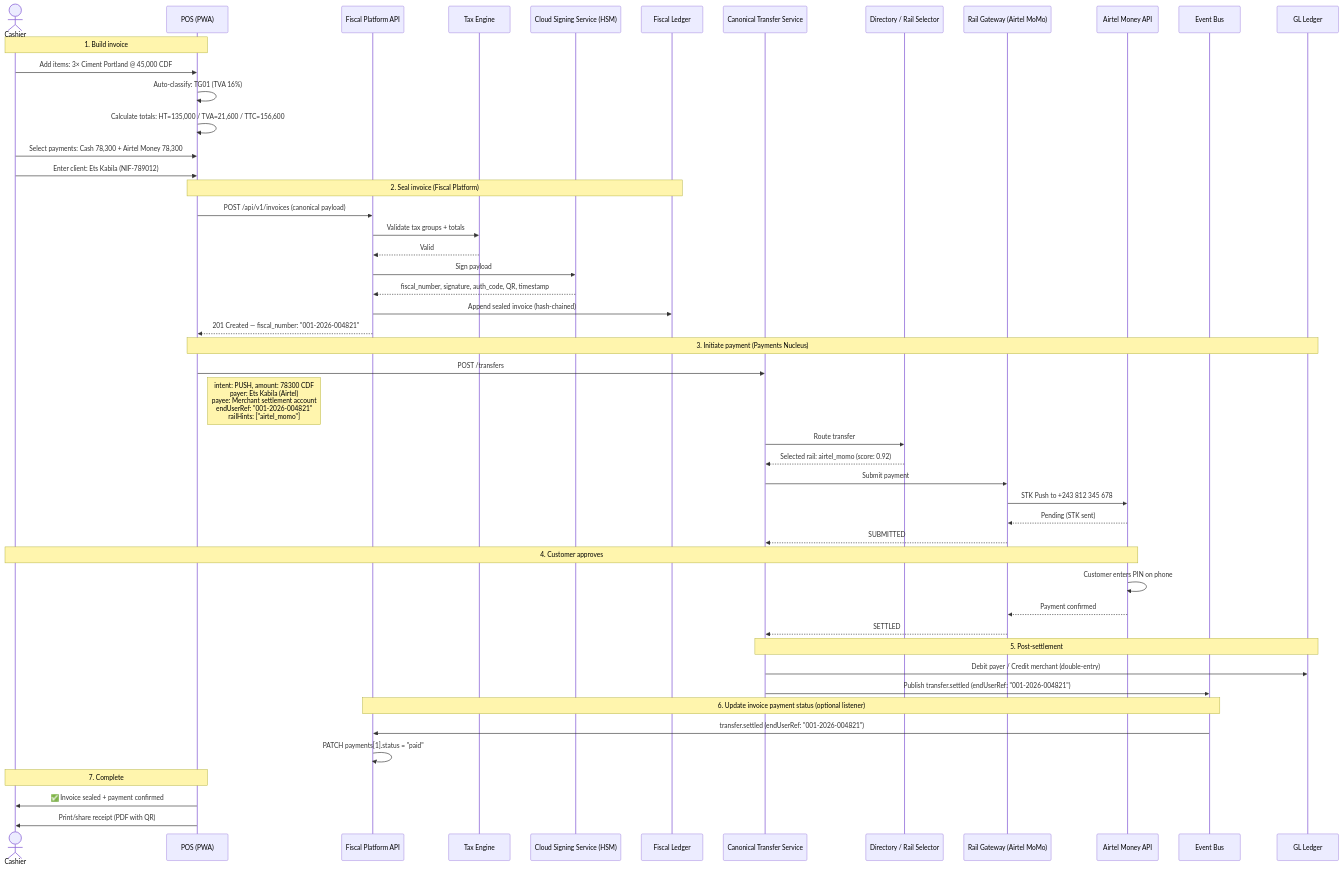
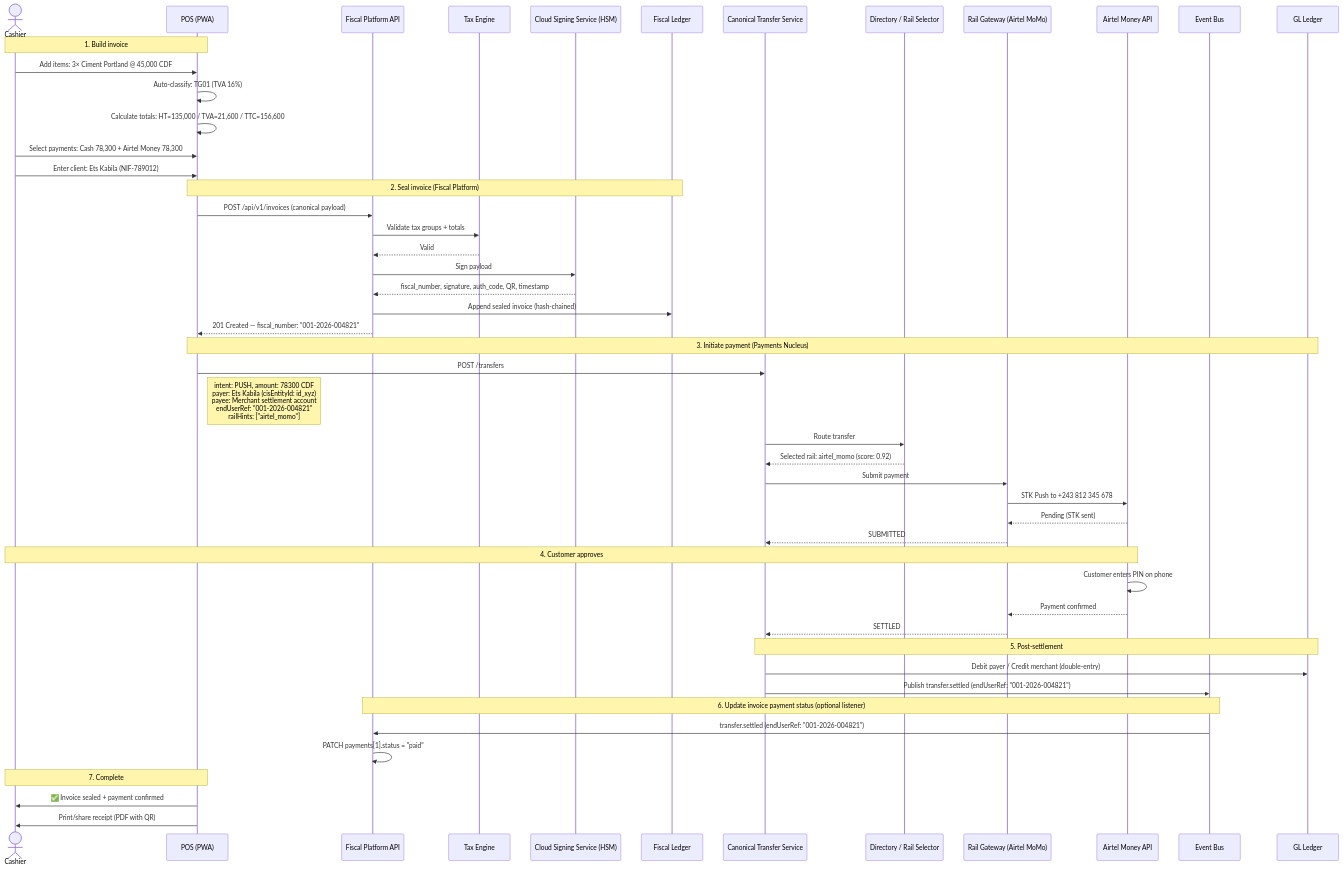
Before and after one commit to stalela/stalela-docs: the diagram in docs/30-integration/sequence-invoice-then-pay.md, drawn with Mermaid. The commit also changed 106 other files, not shown here.

````diff
--- a/docs/30-integration/sequence-invoice-then-pay.md
+++ b/docs/30-integration/sequence-invoice-then-pay.md
@@ -18,66 +18,66 @@
 ```mermaid
 sequenceDiagram
     actor Cashier
     participant POS as POS (PWA)
     participant FIS as Fiscal Platform API
     participant TAX as Tax Engine
     participant CSS as Cloud Signing Service (HSM)
     participant FL as Fiscal Ledger
     participant CTS as Canonical Transfer Service
     participant DIR as Directory / Rail Selector
     participant GW as Rail Gateway (Airtel MoMo)
     participant TELCO as Airtel Money API
     participant EB as Event Bus
     participant GL as GL Ledger
 
     Note over Cashier,POS: 1. Build invoice
 
     Cashier->>POS: Add items: 3× Ciment Portland @ 45,000 CDF
     POS->>POS: Auto-classify: TG01 (TVA 16%)
     POS->>POS: Calculate totals: HT=135,000 / TVA=21,600 / TTC=156,600
     Cashier->>POS: Select payments: Cash 78,300 + Airtel Money 78,300
     Cashier->>POS: Enter client: Ets Kabila (NIF-789012)
 
     Note over POS,FL: 2. Seal invoice (Fiscal Platform)
 
     POS->>FIS: POST /api/v1/invoices (canonical payload)
     FIS->>TAX: Validate tax groups + totals
     TAX-->>FIS: Valid
     FIS->>CSS: Sign payload
     CSS-->>FIS: fiscal_number, signature, auth_code, QR, timestamp
     FIS->>FL: Append sealed invoice (hash-chained)
     FIS-->>POS: 201 Created — fiscal_number: "001-2026-004821"
 
     Note over POS,GL: 3. Initiate payment (Payments Nucleus)
 
     POS->>CTS: POST /transfers
-    Note right of POS: intent: PUSH, amount: 78300 CDF<br/>payer: Ets Kabila (Airtel)<br/>payee: Merchant settlement account<br/>endUserRef: "001-2026-004821"<br/>railHints: ["airtel_momo"]
+    Note right of POS: intent: PUSH, amount: 78300 CDF<br/>payer: Ets Kabila (cisEntityId: id_xyz)<br/>payee: Merchant settlement account<br/>endUserRef: "001-2026-004821"<br/>railHints: ["airtel_momo"]
 
     CTS->>DIR: Route transfer
     DIR-->>CTS: Selected rail: airtel_momo (score: 0.92)
     CTS->>GW: Submit payment
     GW->>TELCO: STK Push to +243 812 345 678
     TELCO-->>GW: Pending (STK sent)
     GW-->>CTS: SUBMITTED
 
     Note over Cashier,TELCO: 4. Customer approves
 
     TELCO->>TELCO: Customer enters PIN on phone
     TELCO-->>GW: Payment confirmed
     GW-->>CTS: SETTLED
 
     Note over CTS,GL: 5. Post-settlement
 
     CTS->>GL: Debit payer / Credit merchant (double-entry)
     CTS->>EB: Publish transfer.settled (endUserRef: "001-2026-004821")
 
     Note over EB,FIS: 6. Update invoice payment status (optional listener)
 
     EB->>FIS: transfer.settled (endUserRef: "001-2026-004821")
     FIS->>FIS: PATCH payments[1].status = "paid"
 
     Note over Cashier,POS: 7. Complete
 
     POS->>Cashier: ✅ Invoice sealed + payment confirmed
     POS->>Cashier: Print/share receipt (PDF with QR)
 ```
````
